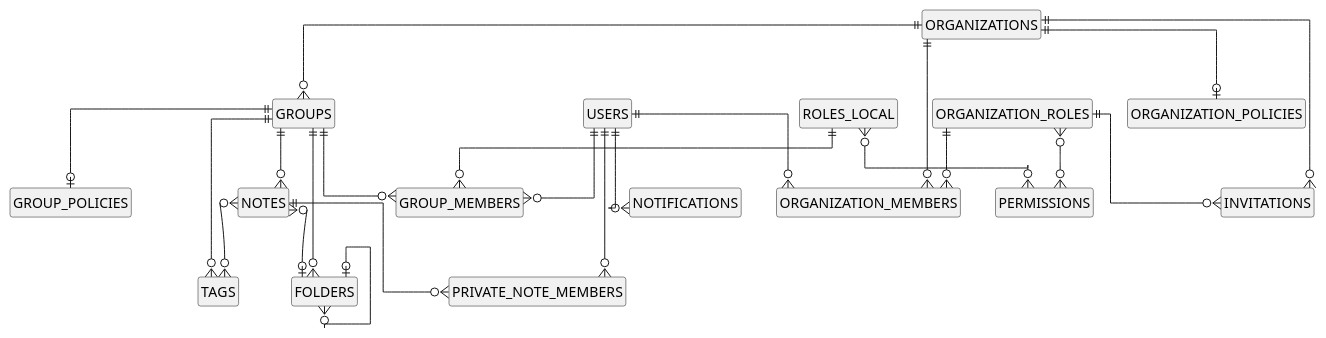
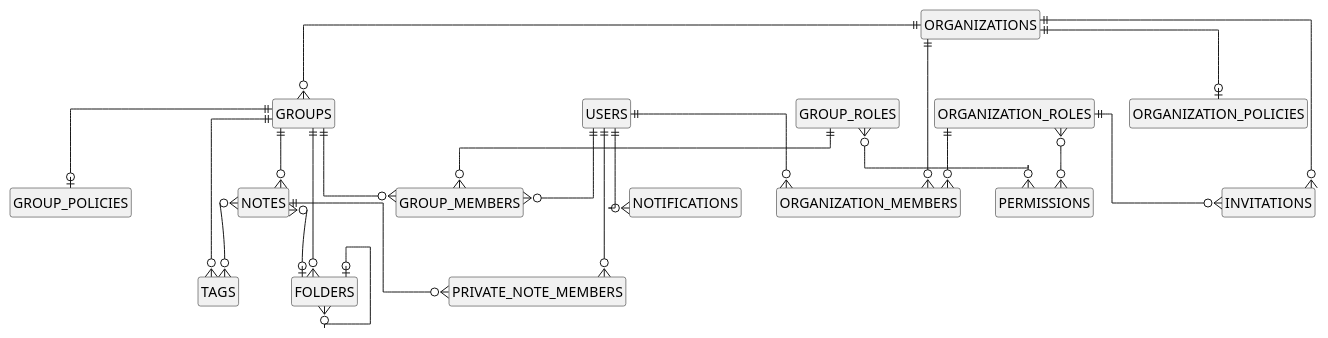
The diagram in docs/diagrams/er-overview.puml (yasunobu-nonaka/nextjs-flask-labnoteapp), drawn with PlantUML before and after one commit. The commit also changed 16 other files, not shown here.

First line of the commit message:
Rename RoleLocal to GroupRole for clarity

```diff
--- a/docs/diagrams/er-overview.puml
+++ b/docs/diagrams/er-overview.puml
@@ -1,54 +1,54 @@
 @startuml overview
 skinparam backgroundColor white
 skinparam linetype ortho
 hide circle
 hide empty methods
 hide empty members
 hide members
 
 entity "USERS" as USERS
 entity "ORGANIZATIONS" as ORGANIZATIONS
 entity "ORGANIZATION_MEMBERS" as ORGANIZATION_MEMBERS
 entity "ORGANIZATION_POLICIES" as ORGANIZATION_POLICIES
 entity "GROUPS" as GROUPS
 entity "GROUP_MEMBERS" as GROUP_MEMBERS
 entity "GROUP_POLICIES" as GROUP_POLICIES
 entity "NOTES" as NOTES
 entity "PRIVATE_NOTE_MEMBERS" as PRIVATE_NOTE_MEMBERS
 entity "TAGS" as TAGS
 entity "FOLDERS" as FOLDERS
 entity "INVITATIONS" as INVITATIONS
 entity "NOTIFICATIONS" as NOTIFICATIONS
 entity "ORGANIZATION_ROLES" as ORGANIZATION_ROLES
-entity "ROLES_LOCAL" as ROLES_LOCAL
+entity "GROUP_ROLES" as GROUP_ROLES
 entity "PERMISSIONS" as PERMISSIONS
 
 USERS ||--o{ ORGANIZATION_MEMBERS
 USERS ||--o{ GROUP_MEMBERS
 USERS ||--o{ PRIVATE_NOTE_MEMBERS
 USERS ||--o{ NOTIFICATIONS
 
 ORGANIZATIONS ||--o{ ORGANIZATION_MEMBERS
 ORGANIZATIONS ||--o| ORGANIZATION_POLICIES
 ORGANIZATIONS ||--o{ GROUPS
 ORGANIZATIONS ||--o{ INVITATIONS
 
 ORGANIZATION_ROLES ||--o{ ORGANIZATION_MEMBERS
 ORGANIZATION_ROLES ||--o{ INVITATIONS
 ORGANIZATION_ROLES }o--o{ PERMISSIONS
 
 GROUPS ||--o{ GROUP_MEMBERS
 GROUPS ||--o| GROUP_POLICIES
 GROUPS ||--o{ NOTES
 GROUPS ||--o{ FOLDERS
 GROUPS ||--o{ TAGS
 
-ROLES_LOCAL ||--o{ GROUP_MEMBERS
-ROLES_LOCAL }o--o{ PERMISSIONS
+GROUP_ROLES ||--o{ GROUP_MEMBERS
+GROUP_ROLES }o--o{ PERMISSIONS
 
 NOTES ||--o{ PRIVATE_NOTE_MEMBERS
 NOTES }o--o{ TAGS
 NOTES }o--o| FOLDERS
 
 FOLDERS |o--o{ FOLDERS
 @enduml
```
